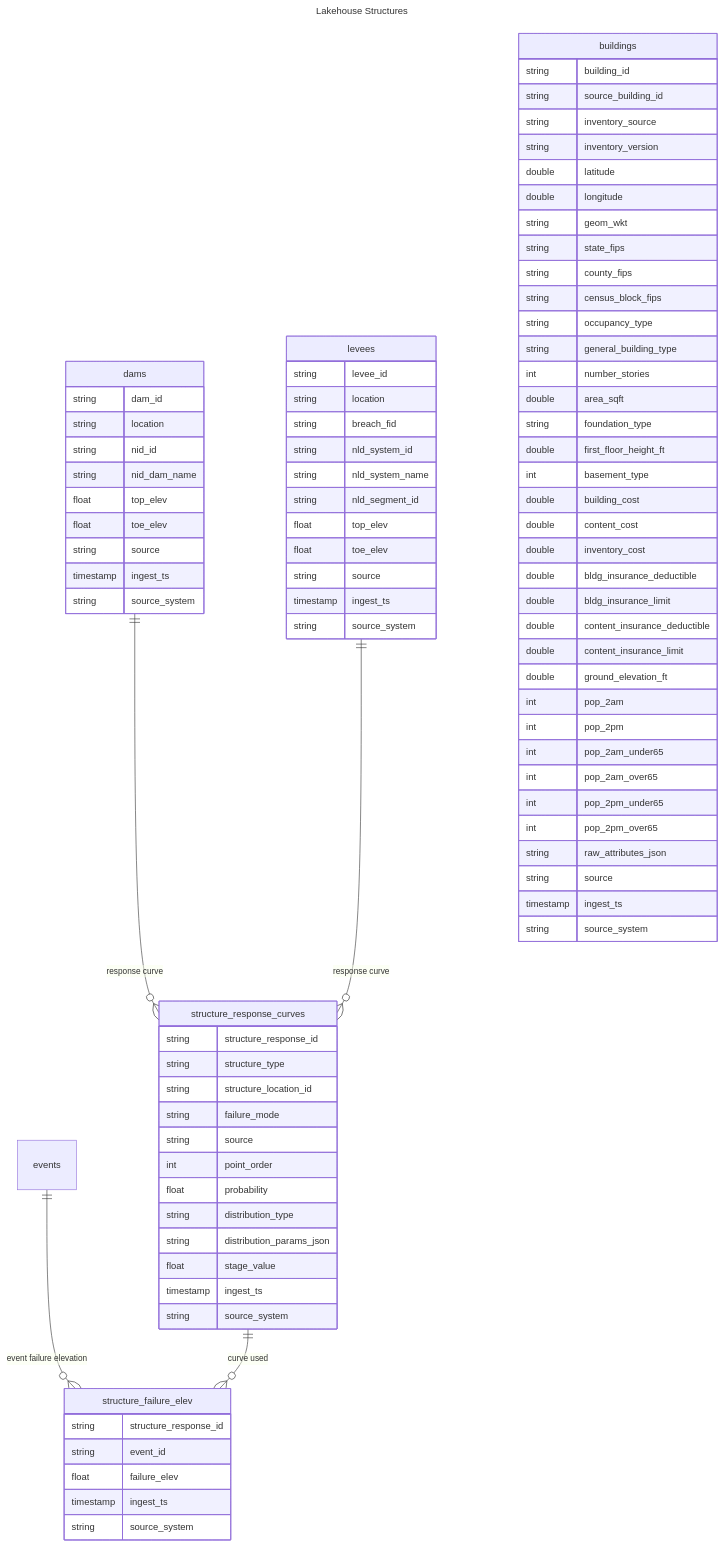
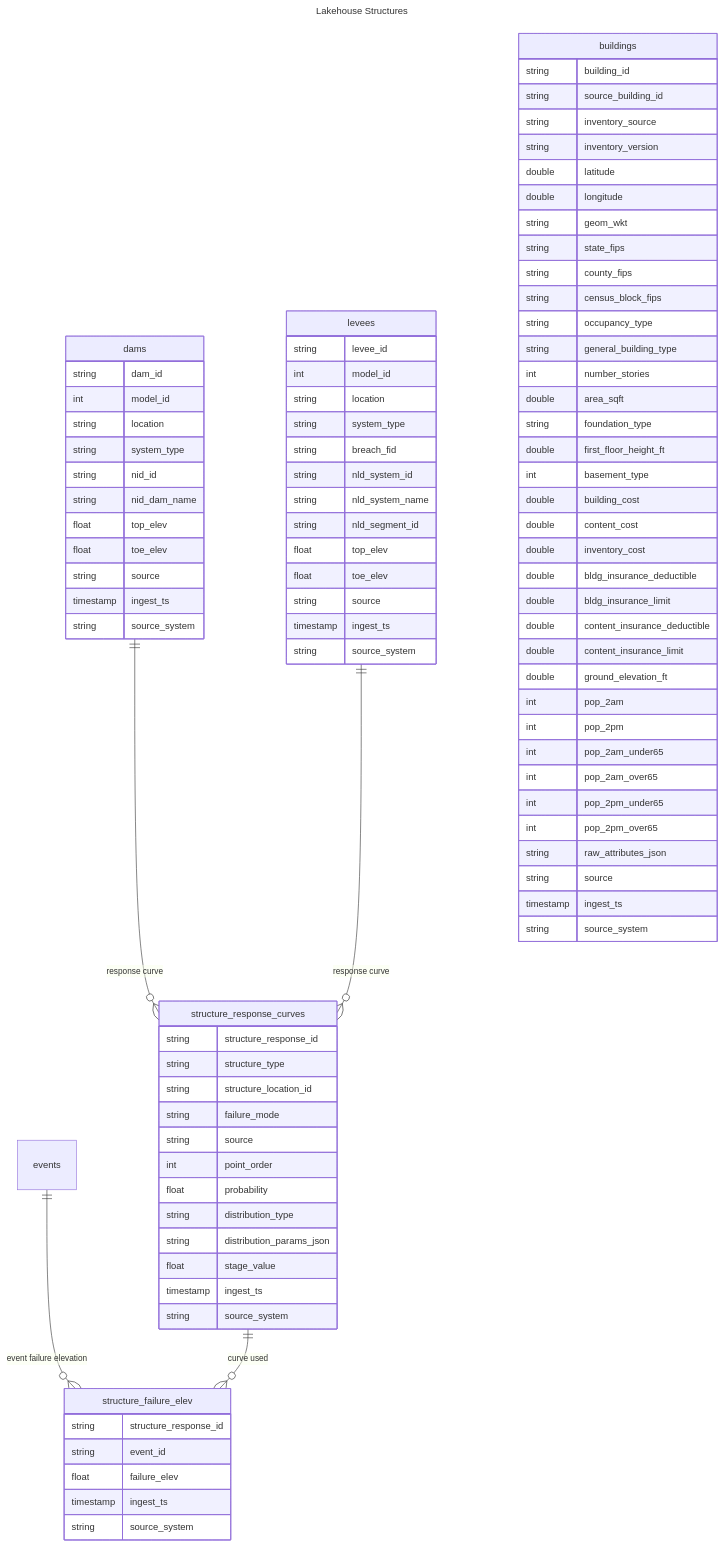
One commit to fema-ffrd/ffrd-data-model changed the diagram in lakehouse/structures.mmd. Above: the diagram before and after it, drawn with Mermaid. The commit also changed 11 other files, not shown here.

```diff
--- a/lakehouse/structures.mmd
+++ b/lakehouse/structures.mmd
@@ -1,109 +1,113 @@
 ---
 title: Lakehouse Structures
 ---
 
 erDiagram
     %% Logical identifiers (not enforced by Iceberg):
     %% dams.dam_id, levees.levee_id, structure_response_curves.structure_response_id, events.event_id
     %% buildings.building_id
     %% Join intent:
     %% - structure_response_curves rows are point-level probability-stage records
     %% - xvalues -> probability; ydistributions -> distribution_type/distribution_params_json/stage_value
     %% - structure_failure_elev(structure_response_id, event_id)
     %% - model_elements.structure_id may reference buildings.building_id when model_elements.structure_type = 'building' (see models.mmd)
     %% - model_elements.structure_type disambiguates the polymorphic structure_id across structures tables
 
     dams ||--o{ structure_response_curves : "response curve"
     levees ||--o{ structure_response_curves : "response curve"
     events ||--o{ structure_failure_elev : "event failure elevation"
     structure_response_curves ||--o{ structure_failure_elev : "curve used"
 
     events {
     }
 
     dams {
         string dam_id
+        int model_id
         string location
+        string system_type
         string nid_id
         string nid_dam_name
         float top_elev
         float toe_elev
         string source
         timestamp ingest_ts
         string source_system
     }
 
     levees {
         string levee_id
+        int model_id
         string location
+        string system_type
         string breach_fid
         string nld_system_id
         string nld_system_name
         string nld_segment_id
         float top_elev
         float toe_elev
         string source
         timestamp ingest_ts
         string source_system
     }
 
     structure_response_curves {
         string structure_response_id
         string structure_type
         string structure_location_id
         string failure_mode
         string source
         int point_order
         float probability
         string distribution_type
         string distribution_params_json
         float stage_value
         timestamp ingest_ts
         string source_system
     }
 
     structure_failure_elev {
         string structure_response_id
         string event_id
         float failure_elev
         timestamp ingest_ts
         string source_system
     }
 
     buildings {
         string building_id
         string source_building_id
         string inventory_source
         string inventory_version
         double latitude
         double longitude
         string geom_wkt
         string state_fips
         string county_fips
         string census_block_fips
         string occupancy_type
         string general_building_type
         int number_stories
         double area_sqft
         string foundation_type
         double first_floor_height_ft
         int basement_type
         double building_cost
         double content_cost
         double inventory_cost
         double bldg_insurance_deductible
         double bldg_insurance_limit
         double content_insurance_deductible
         double content_insurance_limit
         double ground_elevation_ft
         int pop_2am
         int pop_2pm
         int pop_2am_under65
         int pop_2am_over65
         int pop_2pm_under65
         int pop_2pm_over65
         string raw_attributes_json
         string source
         timestamp ingest_ts
         string source_system
     }
```
